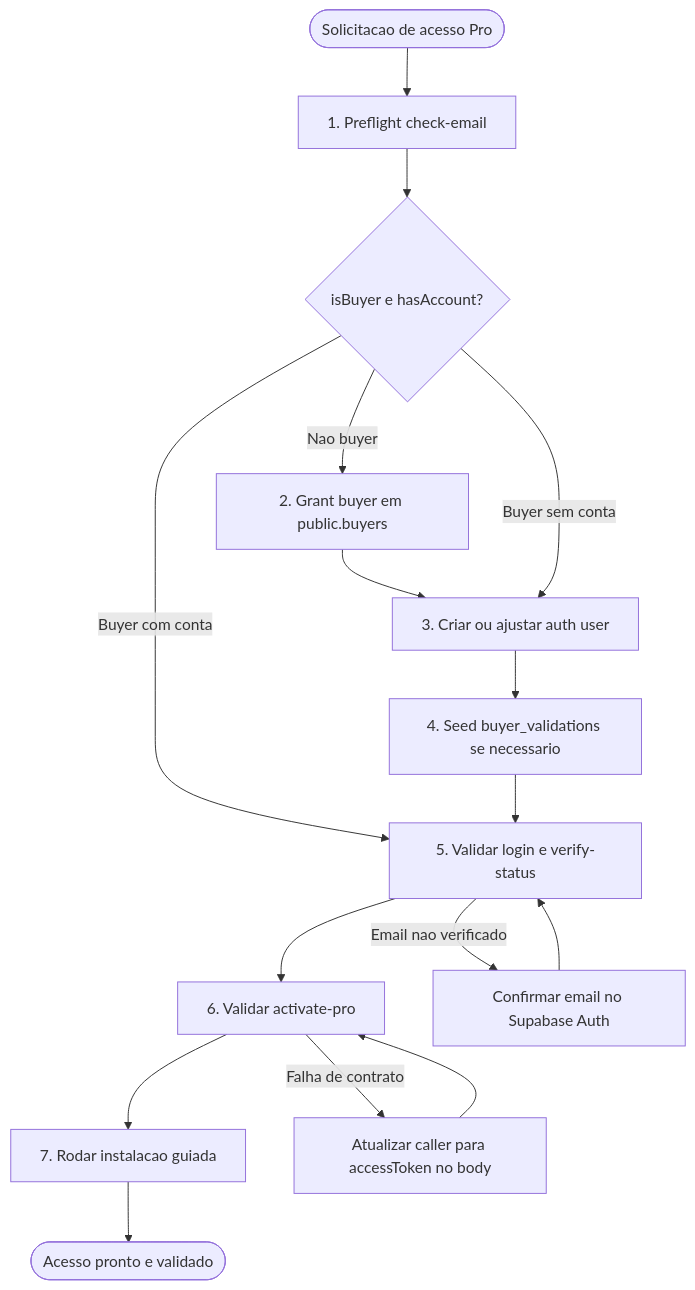
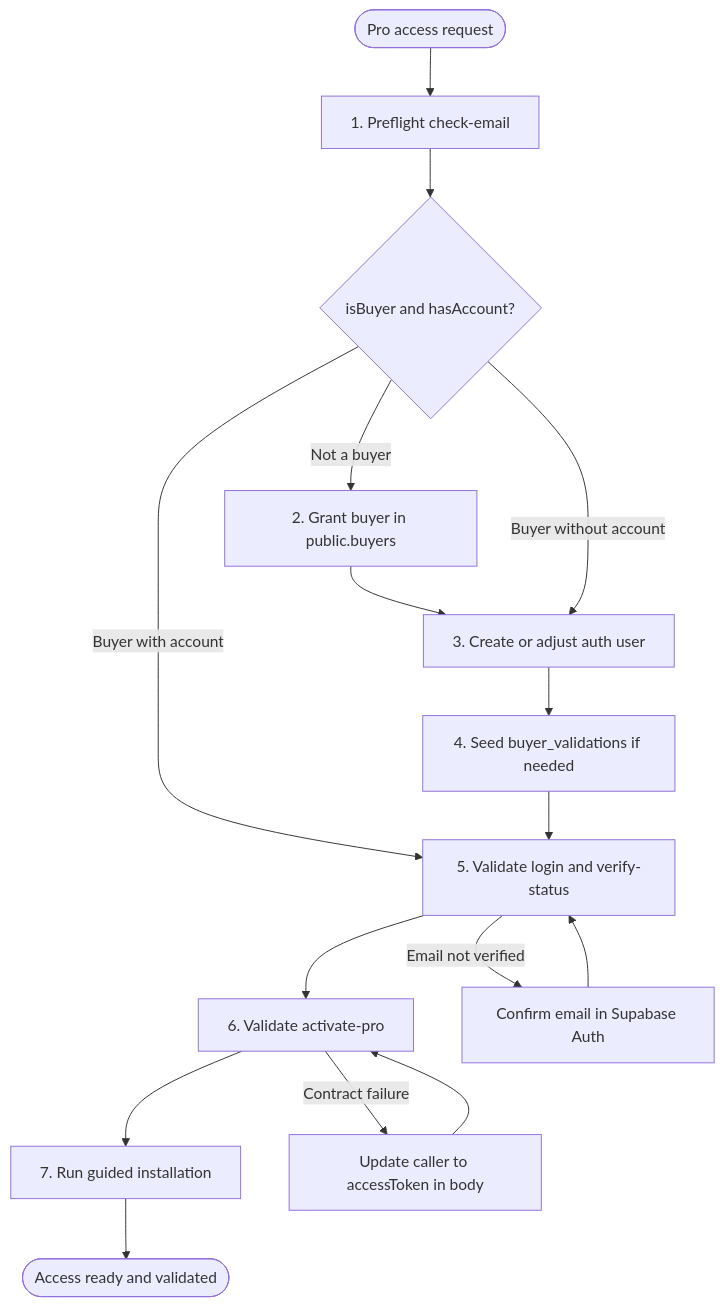
Before and after one commit to CyryxLabs/AEXOS: the diagram in docs/aexos-workflows/pro-access-grant-workflow.md, drawn with Mermaid. The commit also changed other lines of this file and 528 other files, not shown here.

````diff
--- a/docs/aexos-workflows/pro-access-grant-workflow.md
+++ b/docs/aexos-workflows/pro-access-grant-workflow.md
@@ -41,23 +41,23 @@
 ```mermaid
 flowchart TD
-    START([Solicitacao de acesso Pro]) --> PREFLIGHT[1. Preflight check-email]
-    PREFLIGHT --> DECISION{isBuyer e hasAccount?}
+    START([Pro access request]) --> PREFLIGHT[1. Preflight check-email]
+    PREFLIGHT --> DECISION{isBuyer and hasAccount?}
 
-    DECISION -->|Nao buyer| BUYER[2. Grant buyer em public.buyers]
+    DECISION -->|Not a buyer| BUYER[2. Grant buyer in public.buyers]
     BUYER --> ACCOUNT
 
-    DECISION -->|Buyer sem conta| ACCOUNT[3. Criar ou ajustar auth user]
-    DECISION -->|Buyer com conta| VERIFY
+    DECISION -->|Buyer without account| ACCOUNT[3. Create or adjust auth user]
+    DECISION -->|Buyer with account| VERIFY
 
-    ACCOUNT --> CACHE[4. Seed buyer_validations se necessario]
-    CACHE --> VERIFY[5. Validar login e verify-status]
-    VERIFY --> ACTIVATE[6. Validar activate-pro]
-    ACTIVATE --> INSTALL[7. Rodar instalacao guiada]
-    INSTALL --> DONE([Acesso pronto e validado])
+    ACCOUNT --> CACHE[4. Seed buyer_validations if needed]
+    CACHE --> VERIFY[5. Validate login and verify-status]
+    VERIFY --> ACTIVATE[6. Validate activate-pro]
+    ACTIVATE --> INSTALL[7. Run guided installation]
+    INSTALL --> DONE([Access ready and validated])
 
-    ACTIVATE -->|Falha de contrato| FIXCLIENT[Atualizar caller para accessToken no body]
+    ACTIVATE -->|Contract failure| FIXCLIENT[Update caller to accessToken in body]
     FIXCLIENT --> ACTIVATE
 
-    VERIFY -->|Email nao verificado| CONFIRM[Confirmar email no Supabase Auth]
+    VERIFY -->|Email not verified| CONFIRM[Confirm email in Supabase Auth]
     CONFIRM --> VERIFY
 ```
````
